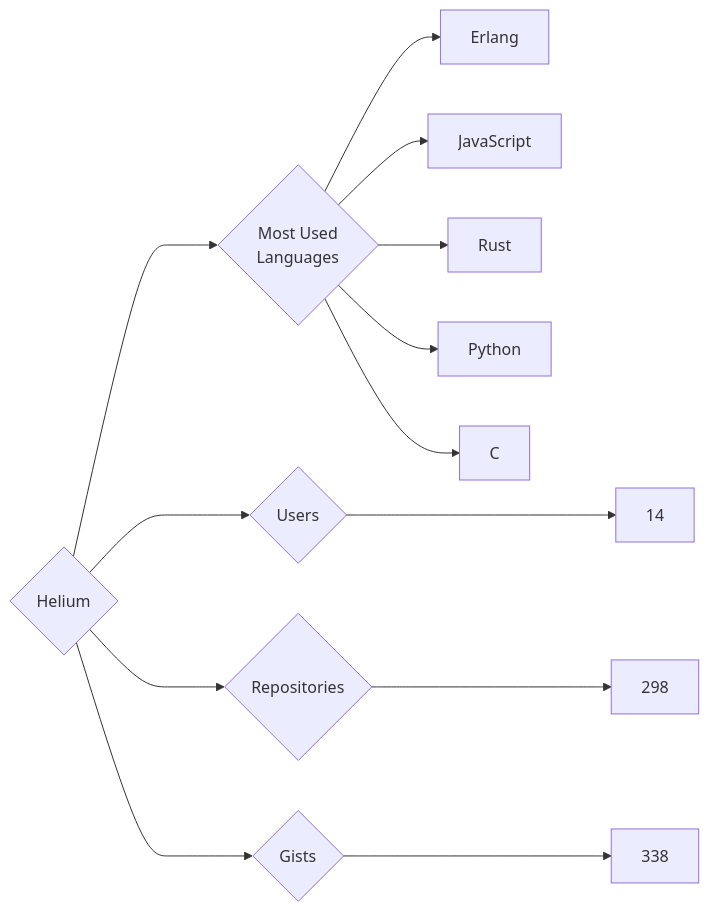
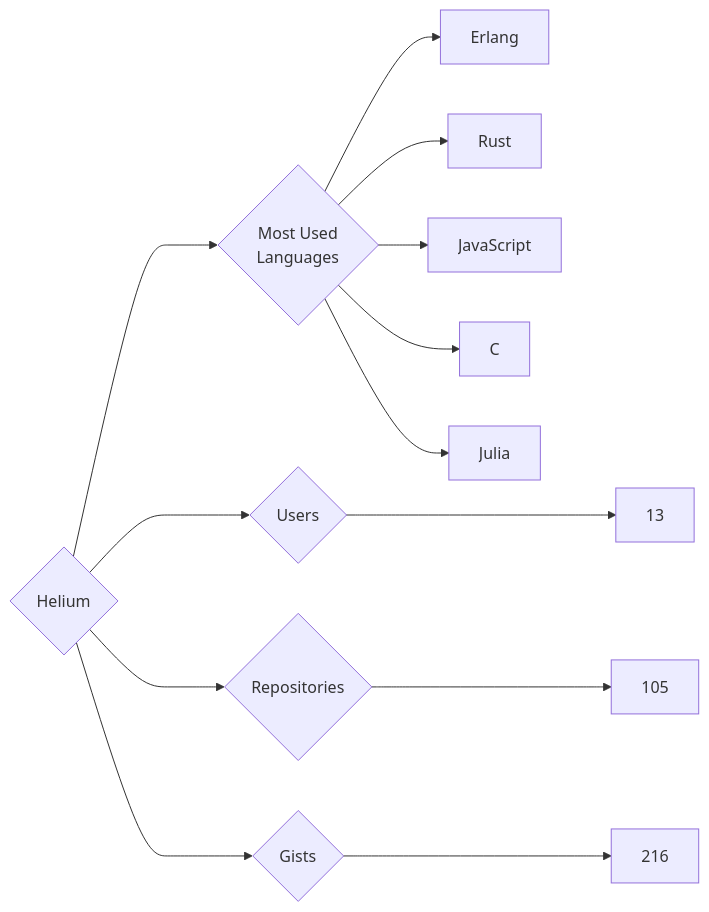
The diagram in targets/Helium/README.md (trickest/insiders), drawn with Mermaid before and after one commit. The commit also changed 924 other files, not shown here.

````diff
--- a/targets/Helium/README.md
+++ b/targets/Helium/README.md
@@ -3,13 +3,13 @@
 ```mermaid
 graph LR
 COMPANY_NAME{Helium}
-COMPANY_NAME ---> U{Users} ---> UN[14]
-COMPANY_NAME ---> R{Repositories} ---> RN[298]
-COMPANY_NAME ---> G{Gists} ---> GN[338]
+COMPANY_NAME ---> U{Users} ---> UN[13]
+COMPANY_NAME ---> R{Repositories} ---> RN[105]
+COMPANY_NAME ---> G{Gists} ---> GN[216]
 COMPANY_NAME ---> ML{Most Used<br>Languages}
 ML --> Erlang[Erlang]
+ML --> Rust[Rust]
 ML --> JavaScript[JavaScript]
-ML --> Rust[Rust]
-ML --> Python[Python]
 ML --> C[C]
+ML --> Julia[Julia]
 ```
````
